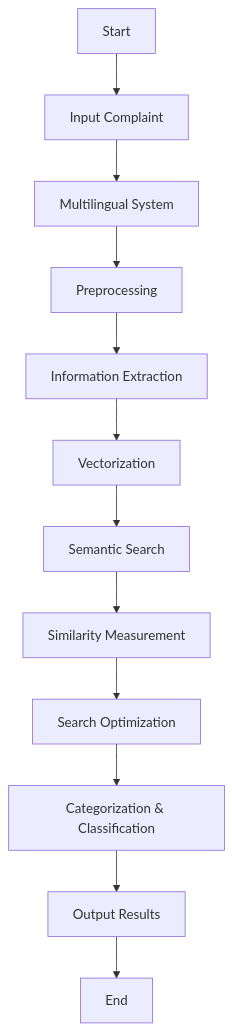
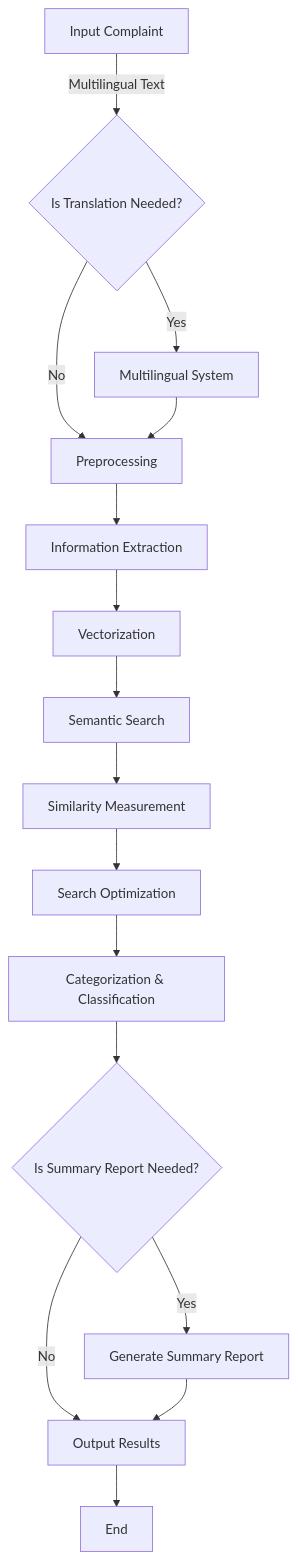
One commit to mahsook3/CRIME-Comprehensive-Realtime-Intelligent-Model-for-Evaluation changed the diagram in README.md. Above: the diagram before and after it, drawn with Mermaid.

Commit message:
Update flowchart in README.md to clarify the CRIME model process and decision points for translation and summary report generation

````diff
--- a/README.md
+++ b/README.md
@@ -30,14 +30,18 @@
 ```mermaid
 flowchart TD
-    A[Start] --> B[Input Complaint]
-    B --> C[Multilingual System]
-    C --> D[Preprocessing]
+    A[Input Complaint] -->|Multilingual Text| B{Is Translation Needed?}
+    B -->|Yes| C[Multilingual System]
+    B -->|No| D[Preprocessing]
+    C --> D
     D --> E[Information Extraction]
     E --> F[Vectorization]
     F --> G[Semantic Search]
     G --> H[Similarity Measurement]
     H --> I[Search Optimization]
     I --> J[Categorization & Classification]
-    J --> K[Output Results]
-    K --> L[End]
+    J --> K{Is Summary Report Needed?}
+    K -->|Yes| L[Generate Summary Report]
+    K -->|No| M[Output Results]
+    L --> M
+    M --> N[End]
 ```
````
